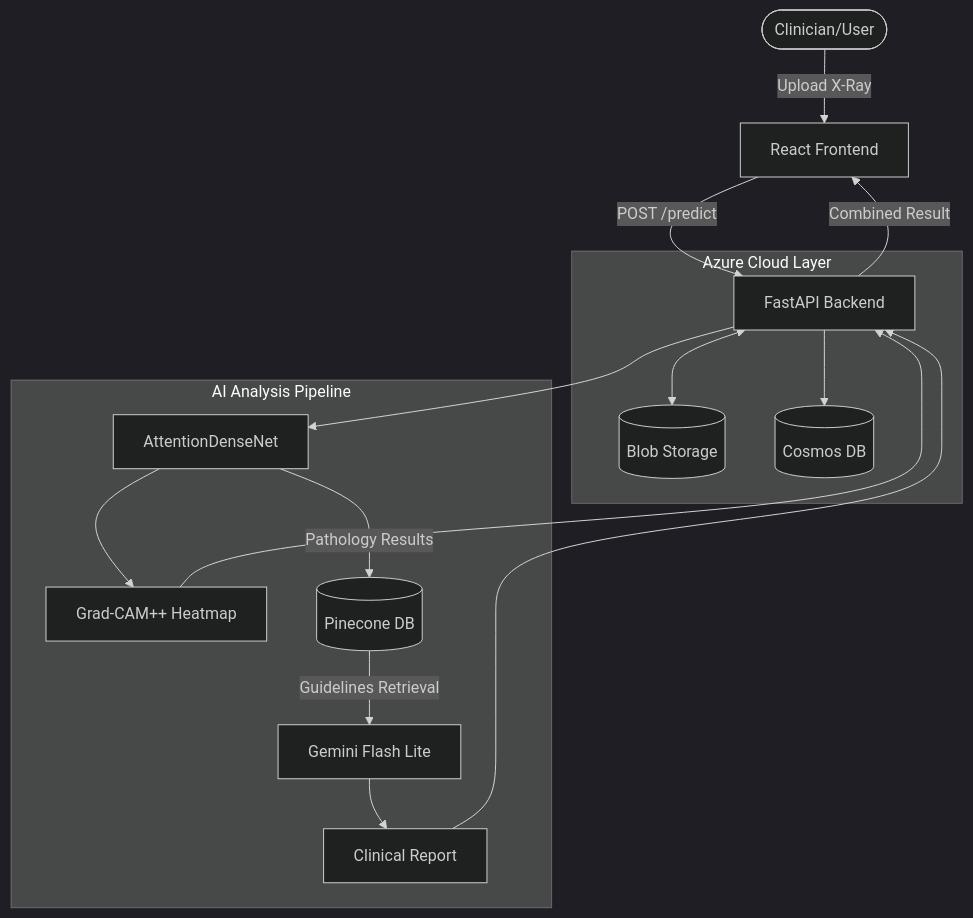
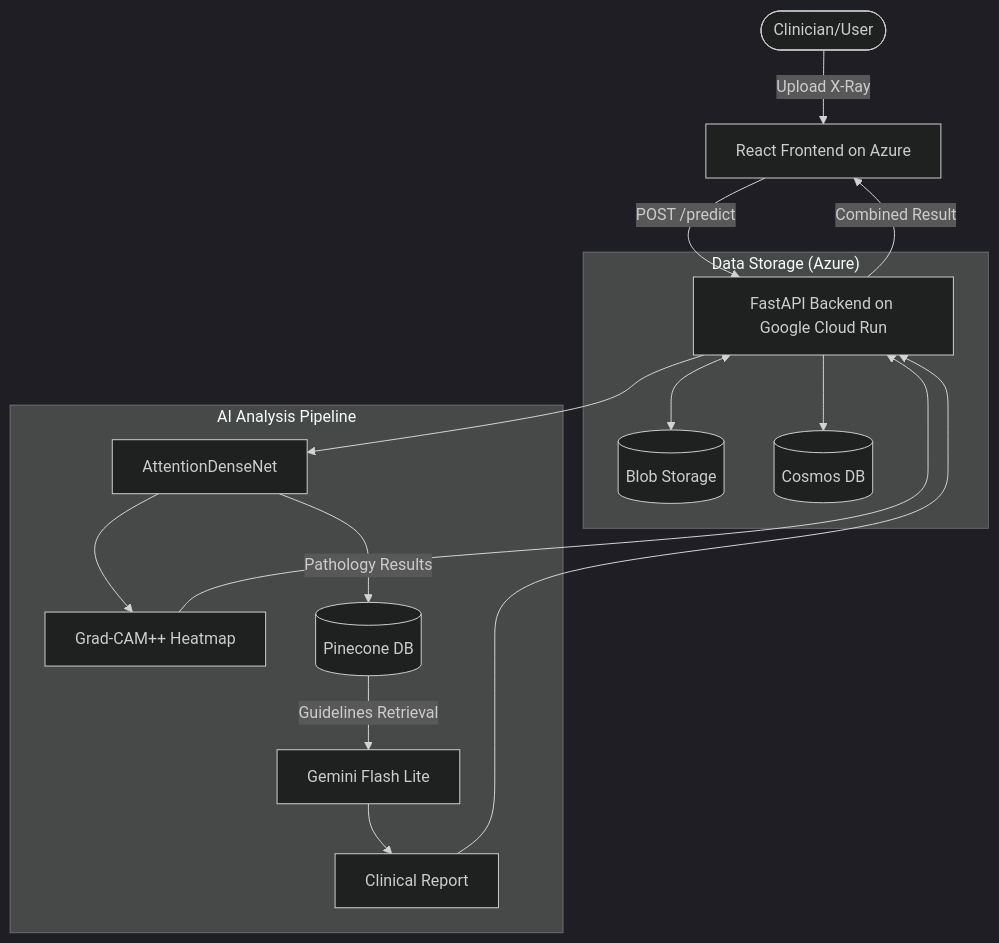
One commit to anaCS-26/Pulmolens-model changed the diagram in README.md. Above: the diagram before and after it, drawn with Mermaid (dark theme). The commit also changed other lines of this file and 1 other file, not shown here.

Commit message:
docs: update README with model metrics and GCP architecture and add GEMINI.md

````diff
--- a/README.md
+++ b/README.md
@@ -46,23 +73,23 @@
 ```mermaid
 graph TD
-    User([Clinician/User]) -->|Upload X-Ray| FE[React Frontend]
-    FE -->|POST /predict| BE[FastAPI Backend]
+    User([Clinician/User]) -->|Upload X-Ray| FE[React Frontend on Azure]
+    FE -->|POST /predict| BE[FastAPI Backend on Google Cloud Run]
     
-    subgraph "Azure Cloud Layer"
+    subgraph "Data Storage (Azure)"
         BE <--> BLOB[(Blob Storage)]
         BE --> COSMOS[(Cosmos DB)]
     end
     
     subgraph "AI Analysis Pipeline"
         BE --> MODEL[AttentionDenseNet]
         MODEL --> HEATMAP[Grad-CAM++ Heatmap]
         
         MODEL -->|"Pathology Results"| PINDEX[(Pinecone DB)]
         PINDEX -->|"Guidelines Retrieval"| LLM[Gemini Flash Lite]
         LLM --> REPORT[Clinical Report]
     end
     
     REPORT --> BE
     HEATMAP --> BE
     BE -->|Combined Result| FE
 ```
````
